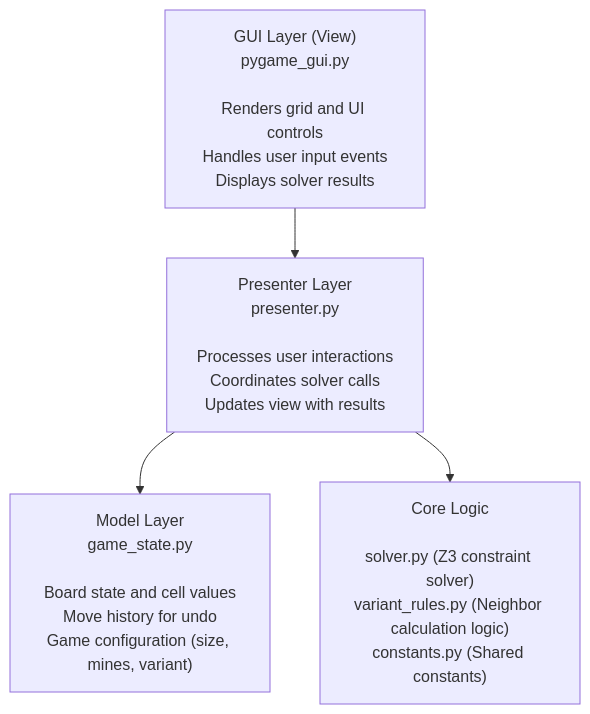
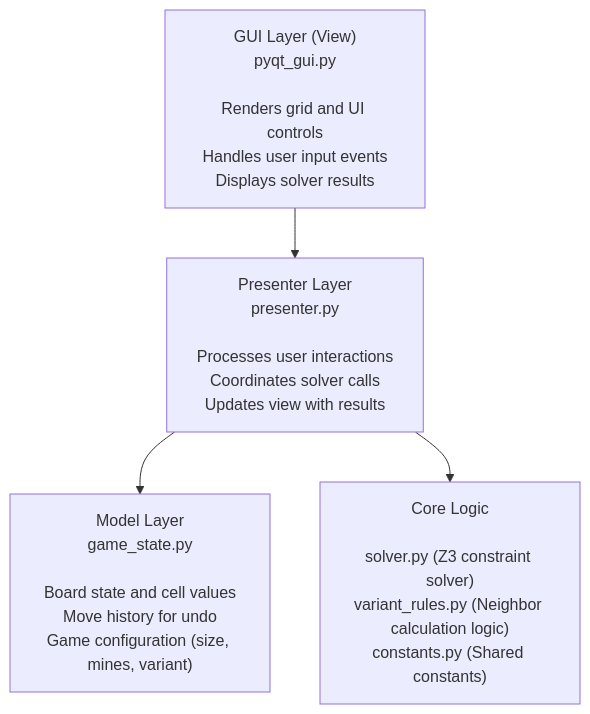
One commit to Harry-Zhu-45/v-14-mine changed the diagram in README.md. Above: the diagram before and after it, drawn with Mermaid. The commit also changed other lines of this file and 11 other files, not shown here.

````diff
--- a/README.md
+++ b/README.md
@@ -27,15 +27,15 @@
 ```mermaid
 flowchart TB
 
-    View["GUI Layer (View)<br/>pygame_gui.py<br/><br/>Renders grid and UI controls<br/>Handles user input events<br/>Displays solver results"]
+    View["GUI Layer (View)<br/>pyqt_gui.py<br/><br/>Renders grid and UI controls<br/>Handles user input events<br/>Displays solver results"]
 
     Presenter["Presenter Layer<br/>presenter.py<br/><br/>Processes user interactions<br/>Coordinates solver calls<br/>Updates view with results"]
 
     Model["Model Layer<br/>game_state.py<br/><br/>Board state and cell values<br/>Move history for undo<br/>Game configuration (size, mines, variant)"]
 
     Core["Core Logic<br/><br/>solver.py (Z3 constraint solver)<br/>variant_rules.py (Neighbor calculation logic)<br/>constants.py (Shared constants)"]
 
     View --> Presenter
     Presenter --> Model
     Presenter --> Core
 ```
````
